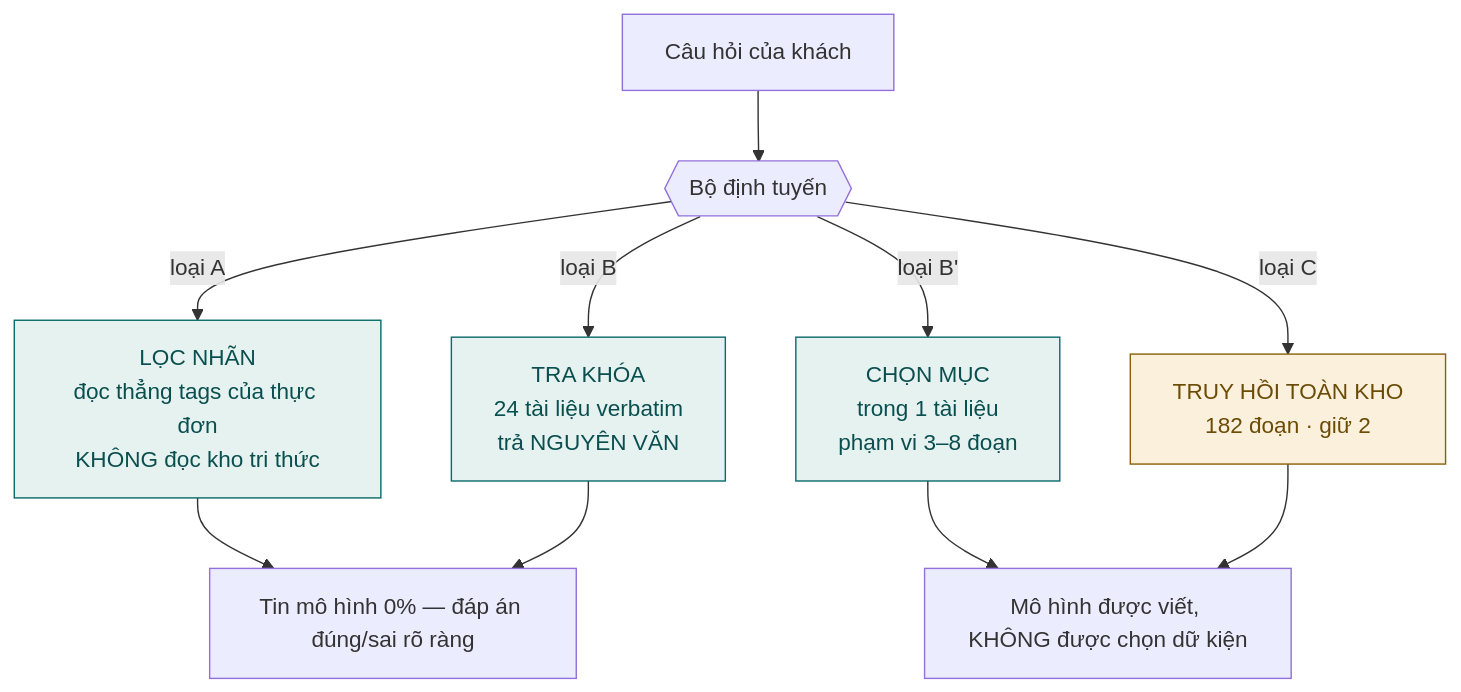
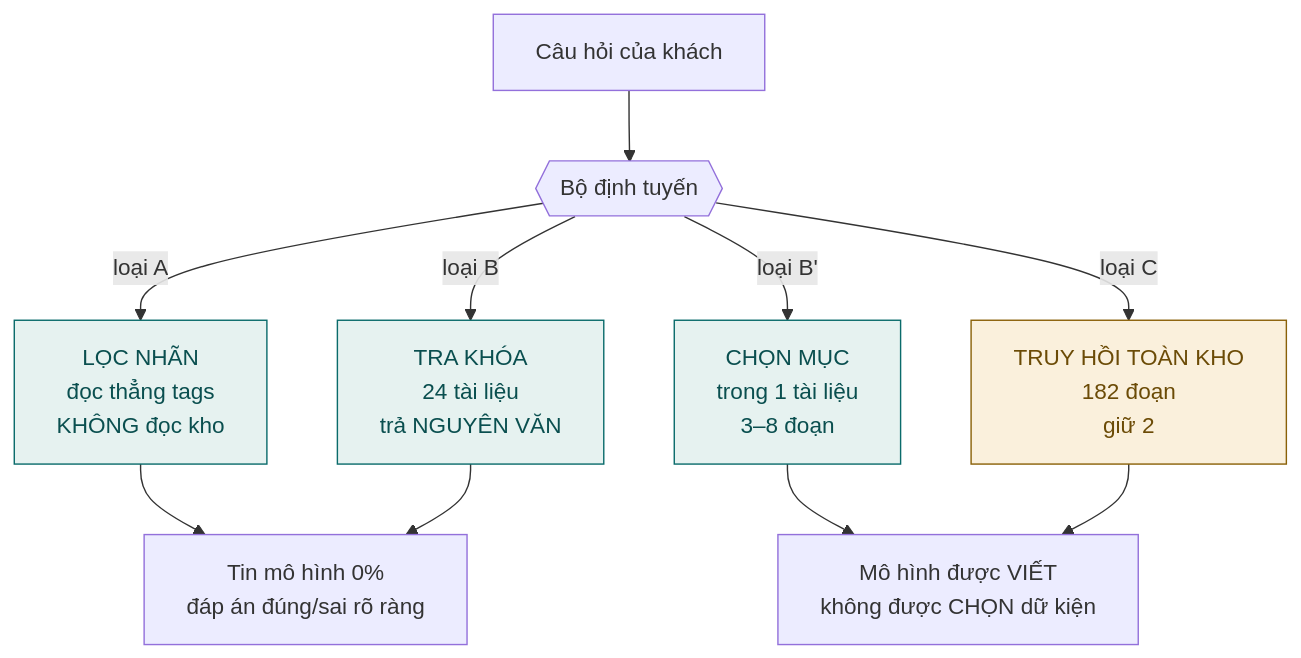
One commit to Anpham120/restaurant-qr-ai-ordering changed the second of 8 diagrams in docs/ai/BAO_CAO_HOC_MAY_KPDL.md. Above: the diagram before and after it, drawn with Mermaid. The commit also changed other lines of this file and 7 other files, not shown here.

````diff
--- a/docs/ai/BAO_CAO_HOC_MAY_KPDL.md
+++ b/docs/ai/BAO_CAO_HOC_MAY_KPDL.md
@@ -848,18 +819,17 @@
 ```mermaid
 flowchart TB
   Q["Câu hỏi của khách"] --> R{{"Bộ định tuyến"}}
-  R -->|"loại A"| F["LỌC NHÃN<br/>đọc thẳng tags của thực đơn<br/>KHÔNG đọc kho tri thức"]
-  R -->|"loại B"| K["TRA KHÓA<br/>24 tài liệu verbatim<br/>trả NGUYÊN VĂN"]
-  R -->|"loại B'"| S["CHỌN MỤC<br/>trong 1 tài liệu<br/>phạm vi 3–8 đoạn"]
-  R -->|"loại C"| T["TRUY HỒI TOÀN KHO<br/>182 đoạn · giữ 2"]
-
-  F --> X["Tin mô hình 0% — đáp án đúng/sai rõ ràng"]
+  R -->|"loại A"| F["LỌC NHÃN<br/>đọc thẳng tags<br/>KHÔNG đọc kho"]
+  R -->|"loại B"| K["TRA KHÓA<br/>24 tài liệu<br/>trả NGUYÊN VĂN"]
+  R -->|"loại B'"| S["CHỌN MỤC<br/>trong 1 tài liệu<br/>3–8 đoạn"]
+  R -->|"loại C"| T["TRUY HỒI TOÀN KHO<br/>182 đoạn<br/>giữ 2"]
+  F --> X["Tin mô hình 0%<br/>đáp án đúng/sai rõ ràng"]
   K --> X
-  S --> Y["Mô hình được viết, KHÔNG được chọn dữ kiện"]
+  S --> Y["Mô hình được VIẾT<br/>không được CHỌN dữ kiện"]
   T --> Y
 
   classDef exact fill:#e6f2f0,stroke:#0a6b6b,color:#0a4f4f;
   classDef prob fill:#faf0dc,stroke:#8a6108,color:#6b4b06;
   class F,K,S exact;
   class T prob;
 ```
````
